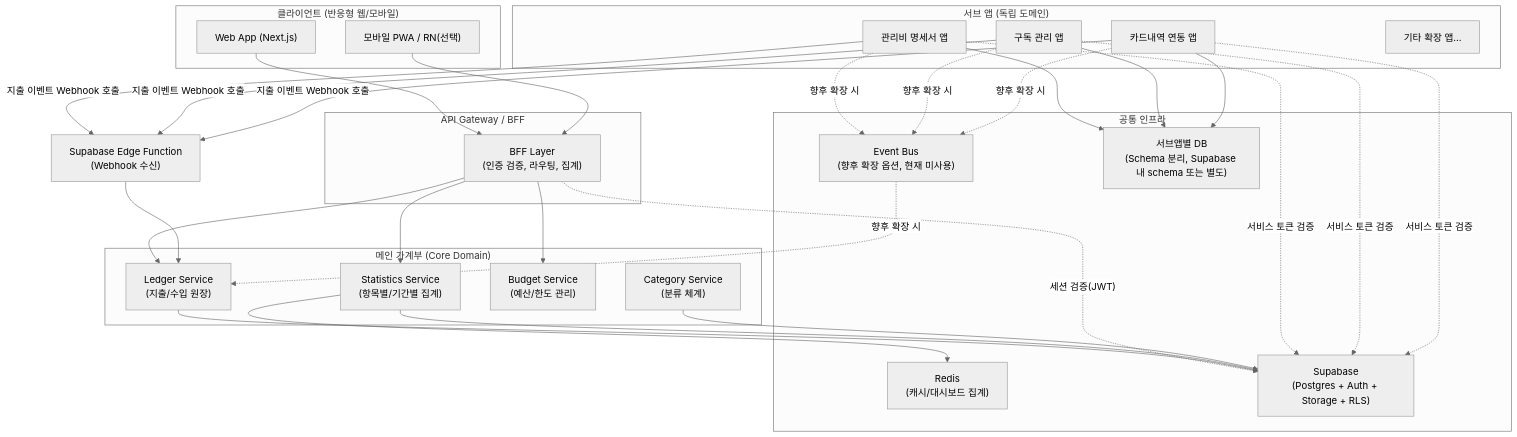
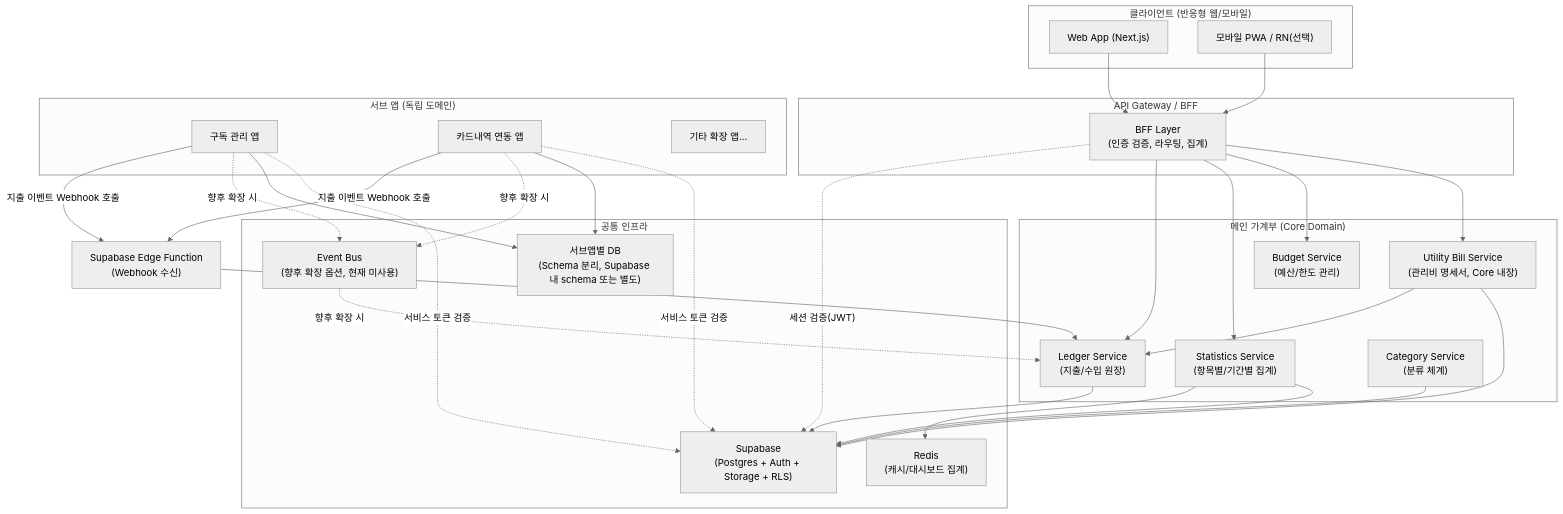
Before and after one commit to tigrelli/account-books: the first of 18 diagrams in docs/가계부_아키텍처_설계.md, drawn with Mermaid (neutral theme). The commit also changed other lines of this file and 8 other files, not shown here.

First line of the commit message:
[S-2-0] 관리비 명세서 설계 - 데이터구조/화면설계 확정 및 관련 문서 반영

````diff
--- a/docs/가계부_아키텍처_설계.md
+++ b/docs/가계부_아키텍처_설계.md
@@ -12,60 +14,59 @@
 ```mermaid
 graph TB
     subgraph Client["클라이언트 (반응형 웹/모바일)"]
         WEB["Web App (Next.js)"]
         PWA["모바일 PWA / RN(선택)"]
     end
 
     subgraph Gateway["API Gateway / BFF"]
         BFF["BFF Layer<br/>(인증 검증, 라우팅, 집계)"]
     end
 
     subgraph Core["메인 가계부 (Core Domain)"]
         LEDGER["Ledger Service<br/>(지출/수입 원장)"]
         STAT["Statistics Service<br/>(항목별/기간별 집계)"]
         BUDGET["Budget Service<br/>(예산/한도 관리)"]
         CATEGORY["Category Service<br/>(분류 체계)"]
+        UTILBILL["Utility Bill Service<br/>(관리비 명세서, Core 내장)"]
     end
 
     subgraph Sub["서브 앱 (독립 도메인)"]
-        UTIL["관리비 명세서 앱"]
         SUB["구독 관리 앱"]
         CARD["카드내역 연동 앱"]
         ETC["기타 확장 앱..."]
     end
 
     subgraph Shared["공통 인프라"]
         BUS["Event Bus<br/>(향후 확장 옵션, 현재 미사용)"]
         CACHE["Redis<br/>(캐시/대시보드 집계)"]
         DB["Supabase<br/>(Postgres + Auth + Storage + RLS)"]
         SUBDB["서브앱별 DB<br/>(Schema 분리, Supabase 내 schema 또는 별도)"]
     end
 
     WEB --> BFF
     PWA --> BFF
     BFF -.->|"세션 검증(JWT)"| DB
     BFF --> LEDGER
     BFF --> STAT
     BFF --> BUDGET
+    BFF --> UTILBILL
 
     LEDGER --> DB
     STAT --> CACHE
     STAT --> DB
     CATEGORY --> DB
+    UTILBILL --> LEDGER
+    UTILBILL --> DB
 
-    UTIL -- "지출 이벤트 Webhook 호출" --> EDGE2["Supabase Edge Function<br/>(Webhook 수신)"]
-    SUB -- "지출 이벤트 Webhook 호출" --> EDGE2
+    SUB -- "지출 이벤트 Webhook 호출" --> EDGE2["Supabase Edge Function<br/>(Webhook 수신)"]
     CARD -- "지출 이벤트 Webhook 호출" --> EDGE2
     EDGE2 --> LEDGER
-    UTIL -.->|"향후 확장 시"| BUS
     SUB -.->|"향후 확장 시"| BUS
     CARD -.->|"향후 확장 시"| BUS
     BUS -.->|"향후 확장 시"| LEDGER
 
-    UTIL --> SUBDB
     SUB --> SUBDB
     CARD --> SUBDB
-    UTIL -.->|"서비스 토큰 검증"| DB
     SUB -.->|"서비스 토큰 검증"| DB
     CARD -.->|"서비스 토큰 검증"| DB
 ```
````
